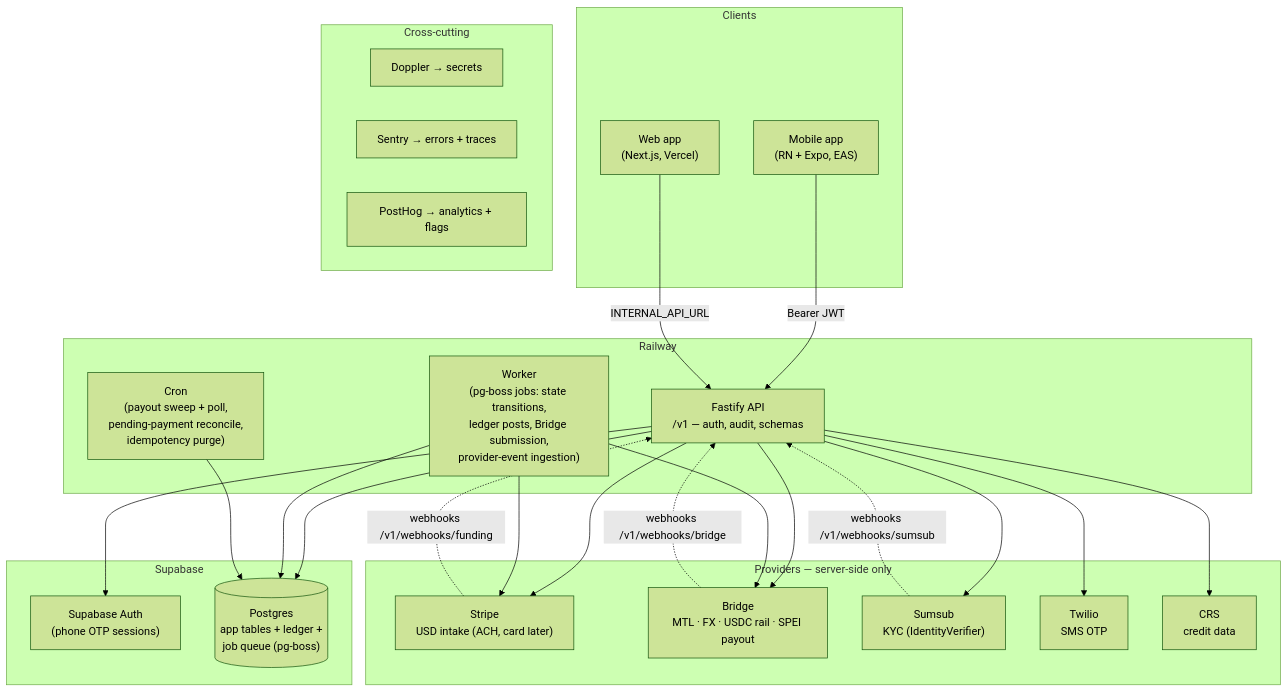
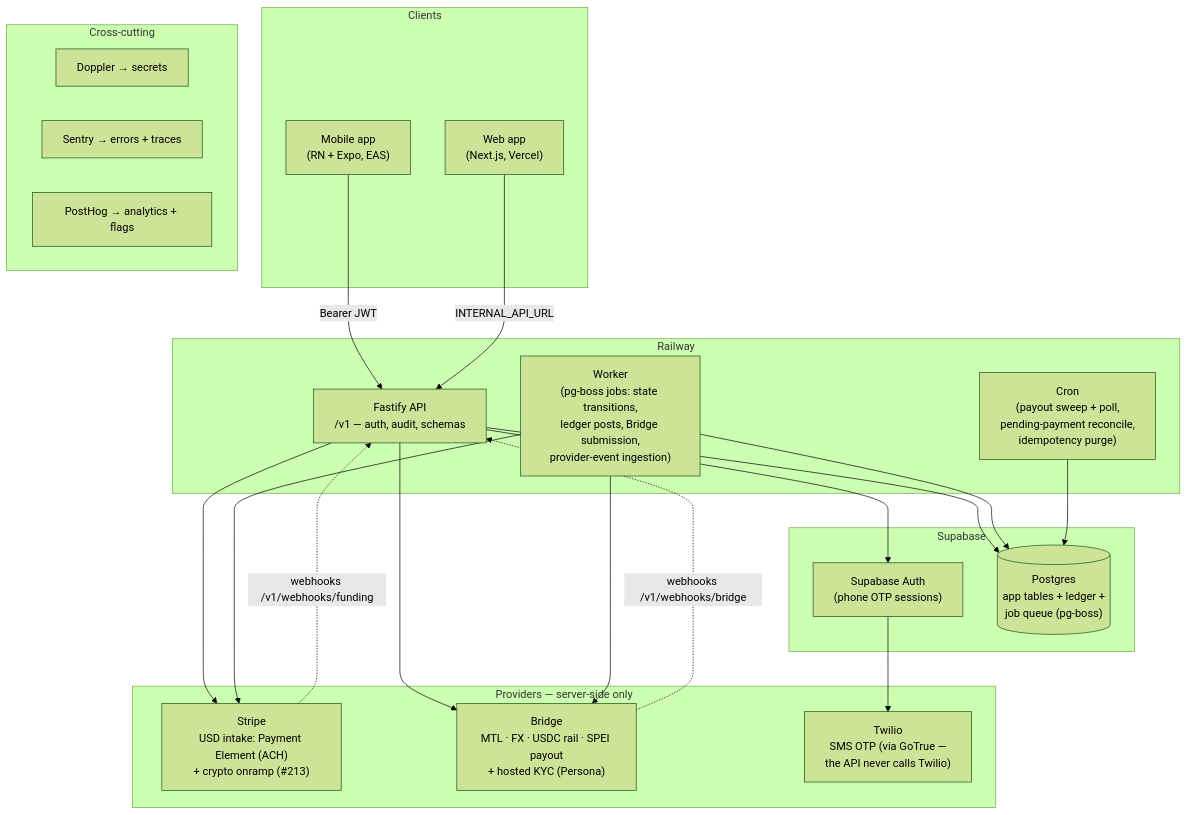
Before and after one commit to PuenteFinancial/PuenteApp: the diagram in docs/architecture.md, drawn with Mermaid (forest theme). The commit also changed other lines of this file and 6 other files, not shown here.

````diff
--- a/docs/architecture.md
+++ b/docs/architecture.md
@@ -14,47 +15,42 @@
 ```mermaid
 flowchart TB
     subgraph clients [Clients]
         mobile["Mobile app<br/>(RN + Expo, EAS)"]
         web["Web app<br/>(Next.js, Vercel)"]
     end
 
     subgraph railway [Railway]
         api["Fastify API<br/>/v1 — auth, audit, schemas"]
         worker["Worker<br/>(pg-boss jobs: state transitions,<br/>ledger posts, Bridge submission,<br/>provider-event ingestion)"]
         cron["Cron<br/>(payout sweep + poll,<br/>pending-payment reconcile,<br/>idempotency purge)"]
     end
 
     subgraph supabase [Supabase]
         auth["Supabase Auth<br/>(phone OTP sessions)"]
         pg[("Postgres<br/>app tables + ledger +<br/>job queue (pg-boss)")]
     end
 
     subgraph providers [Providers — server-side only]
-        stripe["Stripe<br/>USD intake (ACH, card later)"]
-        bridge["Bridge<br/>MTL · FX · USDC rail · SPEI payout"]
-        sumsub["Sumsub<br/>KYC (IdentityVerifier)"]
-        twilio["Twilio<br/>SMS OTP"]
-        crs["CRS<br/>credit data"]
+        stripe["Stripe<br/>USD intake: Payment Element (ACH)<br/>+ crypto onramp (#213)"]
+        bridge["Bridge<br/>MTL · FX · USDC rail · SPEI payout<br/>+ hosted KYC (Persona)"]
+        twilio["Twilio<br/>SMS OTP (via GoTrue —<br/>the API never calls Twilio)"]
     end
 
     subgraph observability [Cross-cutting]
         doppler["Doppler → secrets"]
         sentry["Sentry → errors + traces"]
         posthog["PostHog → analytics + flags"]
     end
 
     mobile -->|Bearer JWT| api
     web -->|INTERNAL_API_URL| api
     api --> auth
     api --> pg
     worker --> pg
     cron --> pg
     api & worker --> stripe
     api & worker --> bridge
-    api --> sumsub
-    api --> twilio
-    api --> crs
+    auth --> twilio
     stripe -.->|webhooks /v1/webhooks/funding| api
     bridge -.->|webhooks /v1/webhooks/bridge| api
-    sumsub -.->|webhooks /v1/webhooks/sumsub| api
 ```
````
